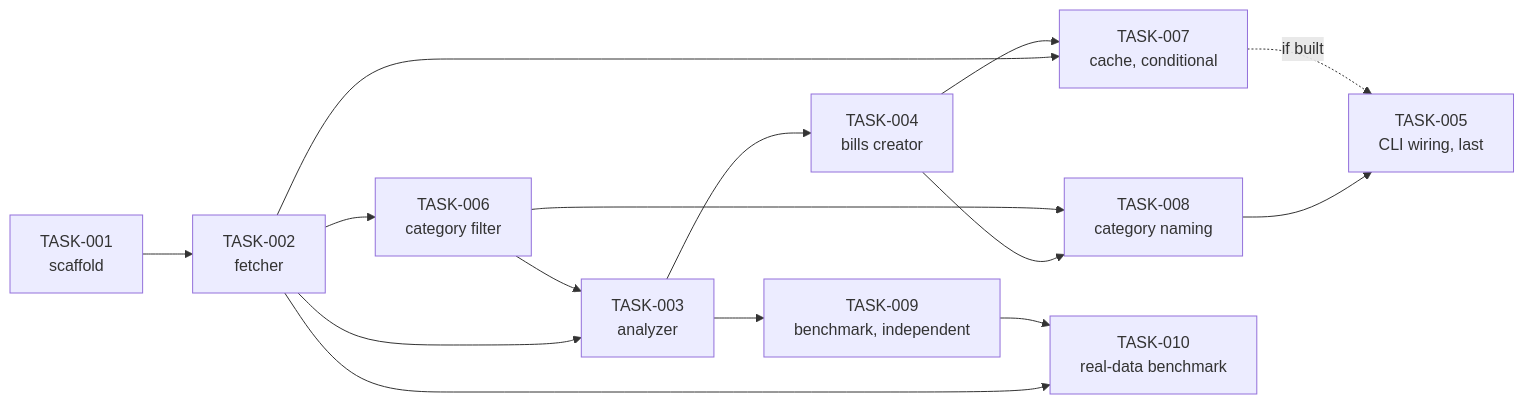
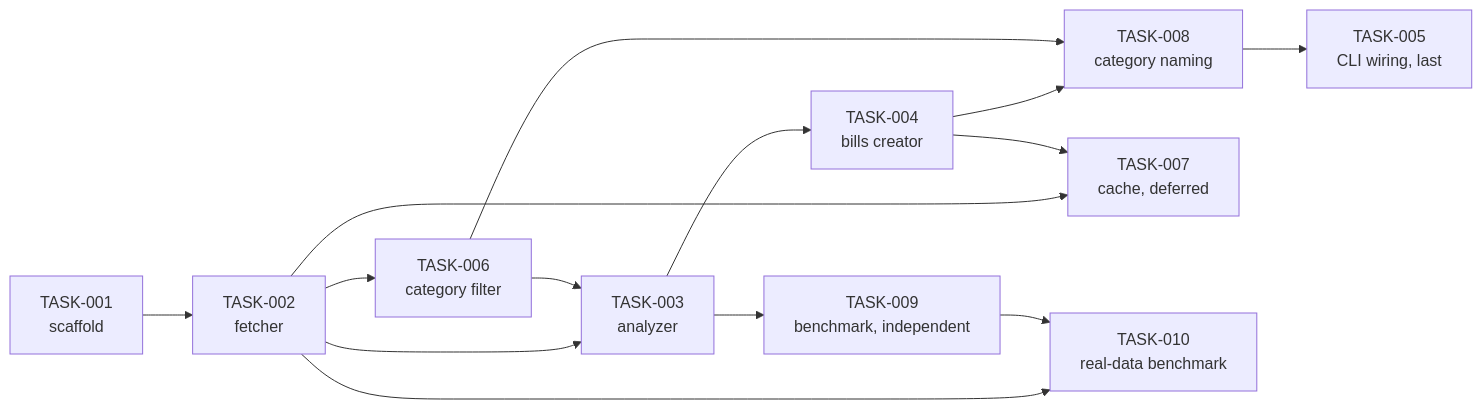
The diagram in docs/tasks/README.md (CmdrPrompt/firefly-bills-analyzer), drawn with Mermaid before and after one commit. The commit also changed other lines of this file and 10 other files, not shown here.

First line of the commit message:
TASK-005 CLI orchestration, review flow, and dry-run (UC3 + UC5) (#9)

````diff
--- a/docs/tasks/README.md
+++ b/docs/tasks/README.md
@@ -25,17 +25,16 @@
 ```mermaid
 graph LR
     T001[TASK-001<br/>scaffold] --> T002[TASK-002<br/>fetcher]
     T002 --> T006[TASK-006<br/>category filter]
     T002 --> T003[TASK-003<br/>analyzer]
     T006 --> T003
     T003 --> T004[TASK-004<br/>bills creator]
     T004 --> T008[TASK-008<br/>category naming]
     T006 --> T008
-    T002 --> T007[TASK-007<br/>cache, conditional]
+    T002 --> T007[TASK-007<br/>cache, deferred]
     T004 --> T007
     T008 --> T005[TASK-005<br/>CLI wiring, last]
-    T007 -.->|if built| T005
     T003 --> T009[TASK-009<br/>benchmark, independent]
     T002 --> T010[TASK-010<br/>real-data benchmark]
     T009 --> T010
 ```
````
